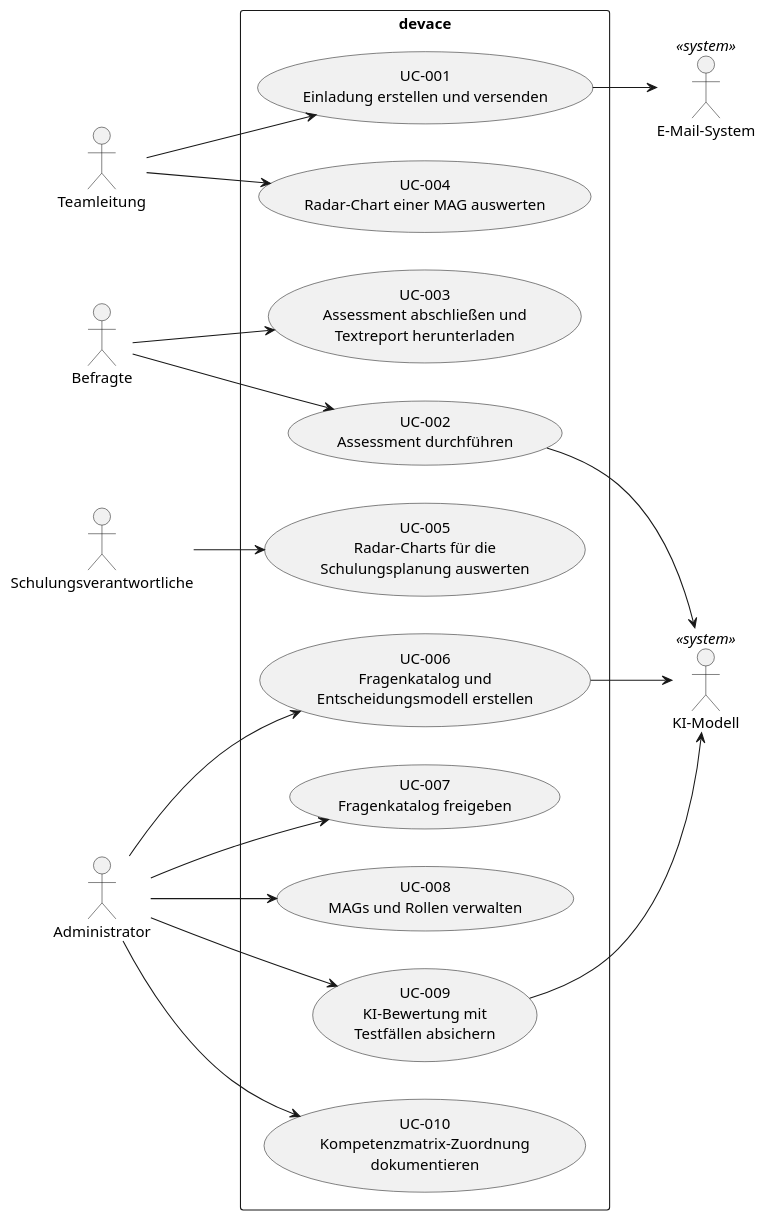
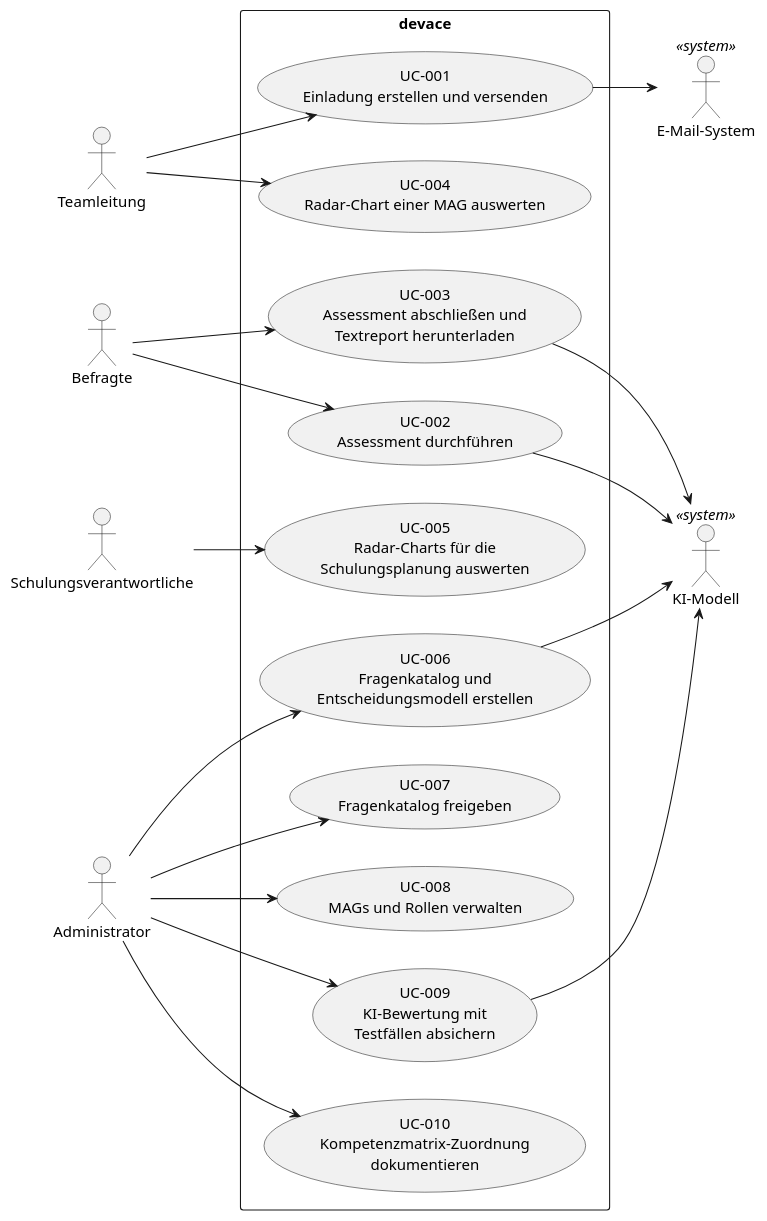
One commit to mrwylan/devace changed the diagram in docs/use_cases.puml. Above: the diagram before and after it, drawn with PlantUML. The commit also changed 2 other files, not shown here.

```diff
--- a/docs/use_cases.puml
+++ b/docs/use_cases.puml
@@ -1,50 +1,51 @@
 @startuml Use Cases Overview
 left to right direction
 
 actor "Teamleitung" as teamleitung
 actor "Befragte" as befragte
 actor "Schulungsverantwortliche" as schulung
 actor "Administrator" as admin
 actor "KI-Modell" as ki <<system>>
 actor "E-Mail-System" as mail <<system>>
 
 rectangle "devace" {
     ' FR-001, FR-002
     usecase "UC-001\nEinladung erstellen und versenden" as UC001
     ' FR-003, FR-004, FR-005, FR-006
     usecase "UC-002\nAssessment durchführen" as UC002
     ' FR-007, FR-008, FR-009
     usecase "UC-003\nAssessment abschließen und\nTextreport herunterladen" as UC003
     ' FR-010
     usecase "UC-004\nRadar-Chart einer MAG auswerten" as UC004
     ' FR-011
     usecase "UC-005\nRadar-Charts für die\nSchulungsplanung auswerten" as UC005
     ' FR-012, FR-013
     usecase "UC-006\nFragenkatalog und\nEntscheidungsmodell erstellen" as UC006
     ' FR-014
     usecase "UC-007\nFragenkatalog freigeben" as UC007
     ' FR-015
     usecase "UC-008\nMAGs und Rollen verwalten" as UC008
     ' FR-016
     usecase "UC-009\nKI-Bewertung mit\nTestfällen absichern" as UC009
     ' FR-017
     usecase "UC-010\nKompetenzmatrix-Zuordnung\ndokumentieren" as UC010
 }
 
 teamleitung --> UC001
 teamleitung --> UC004
 befragte --> UC002
 befragte --> UC003
 schulung --> UC005
 admin --> UC006
 admin --> UC007
 admin --> UC008
 admin --> UC009
 admin --> UC010
 
 UC001 --> mail
 UC002 --> ki
+UC003 --> ki
 UC006 --> ki
 UC009 --> ki
 
 @enduml
```
